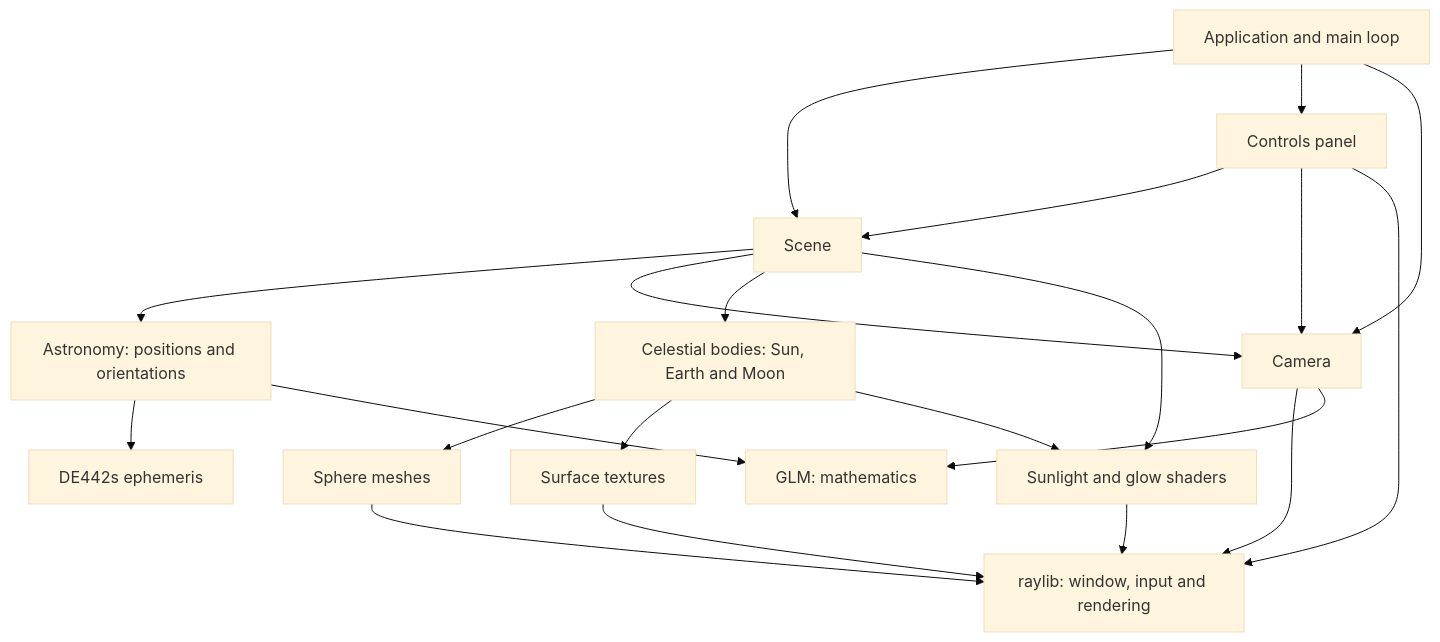
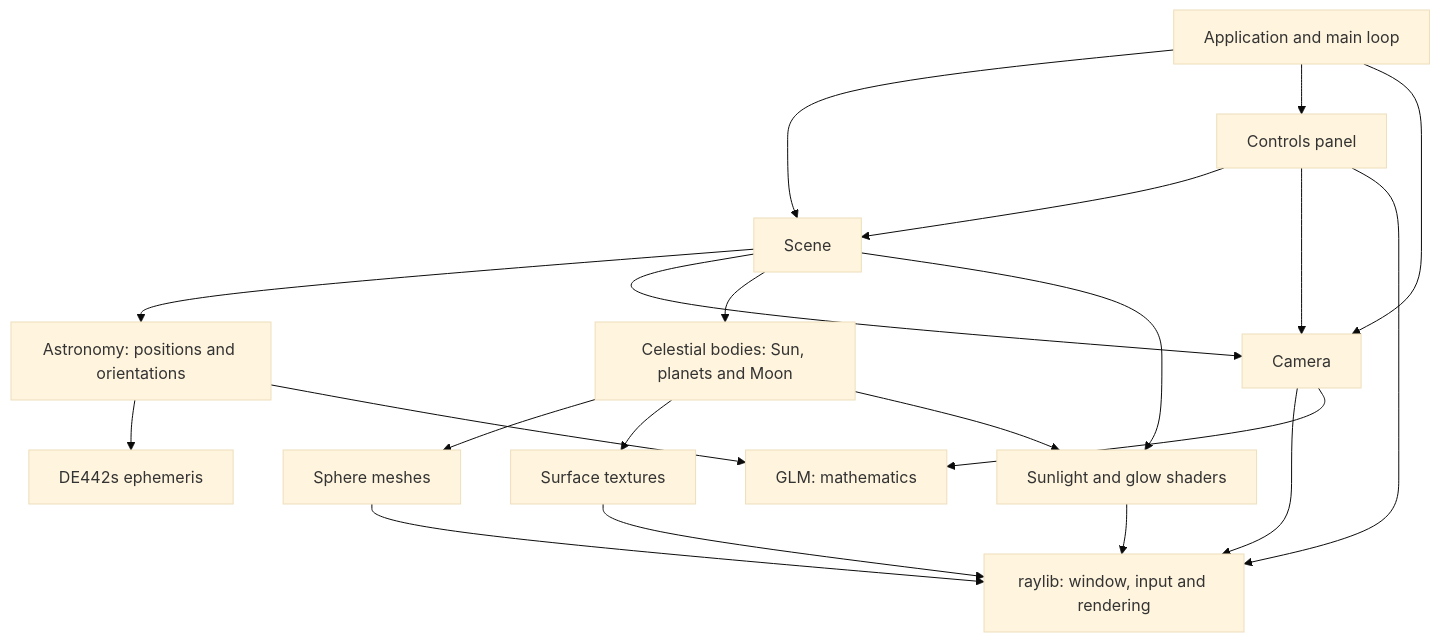
The diagram in README.md (jrsteele09/solar-system), drawn with Mermaid (base theme) before and after one commit. The commit also changed other lines of this file and 30 other files, not shown here.

````diff
--- a/README.md
+++ b/README.md
@@ -41,23 +65,23 @@
 ```mermaid
 flowchart TD
     App[Application and main loop] --> Scene
     App --> Controls[Controls panel]
     App --> Camera
     Controls --> Scene
     Controls --> Camera
     Scene --> Astronomy[Astronomy: positions and orientations]
     Astronomy --> Ephemeris[DE442s ephemeris]
     Scene --> Camera
-    Scene --> Bodies[Celestial bodies: Sun, Earth and Moon]
+    Scene --> Bodies[Celestial bodies: Sun, planets and Moon]
     Bodies --> Meshes[Sphere meshes]
     Bodies --> Textures[Surface textures]
     Bodies --> Shaders[Sunlight and glow shaders]
     Scene --> Shaders
     Camera --> Raylib[raylib: window, input and rendering]
     Controls --> Raylib
     Meshes --> Raylib
     Textures --> Raylib
     Shaders --> Raylib
     Astronomy --> GLM[GLM: mathematics]
     Camera --> GLM
 ```
````
